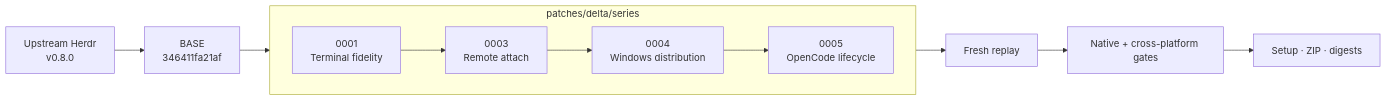
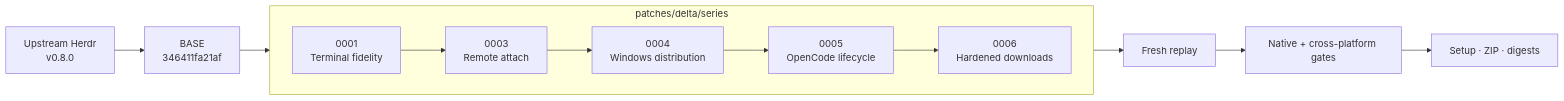
The diagram in README.md (User-3090/herdr-win), drawn with Mermaid before and after one commit. The commit also changed other lines of this file and 14 other files, not shown here.

````diff
--- a/README.md
+++ b/README.md
@@ -45,16 +46,17 @@
 ```mermaid
 flowchart LR
     U["Upstream Herdr<br/>v0.8.0"] --> B["BASE<br/>346411fa21af"]
 
     subgraph Q["patches/delta/series"]
         direction LR
         P1["0001<br/>Terminal fidelity"] --> P3["0003<br/>Remote attach"]
         P3 --> P4["0004<br/>Windows distribution"]
         P4 --> P5["0005<br/>OpenCode lifecycle"]
+        P5 --> P6["0006<br/>Hardened downloads"]
     end
 
     B --> P1
-    P5 --> R["Fresh replay"]
+    P6 --> R["Fresh replay"]
     R --> G["Native + cross-platform gates"]
     G --> A["Setup · ZIP · digests"]
 ```
````
